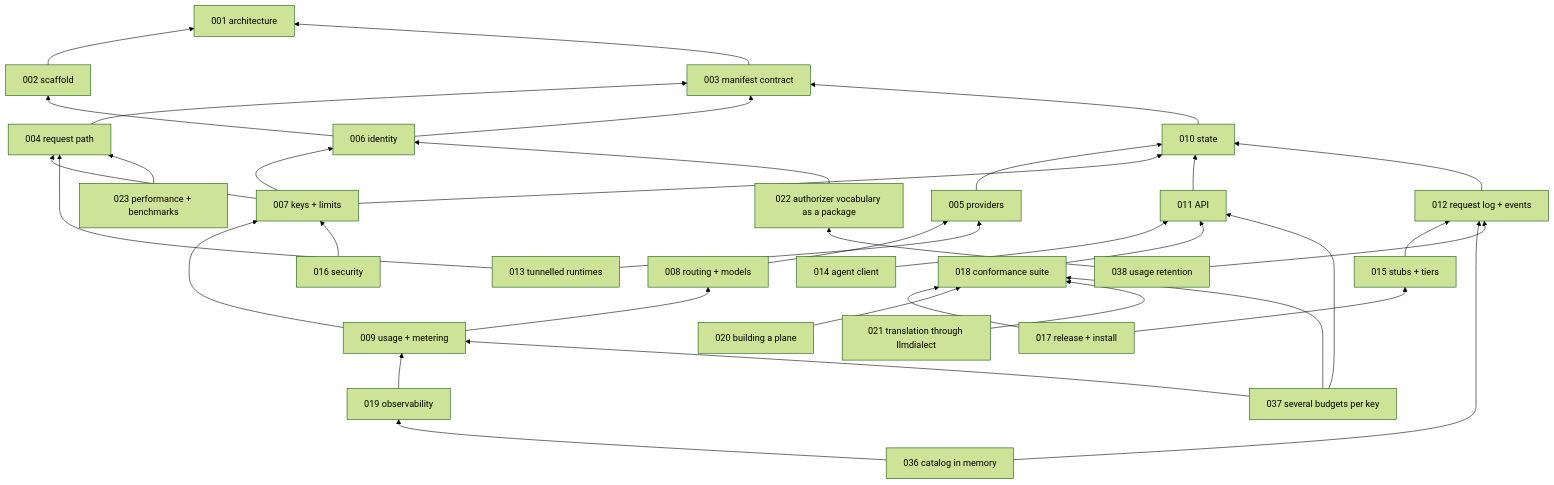
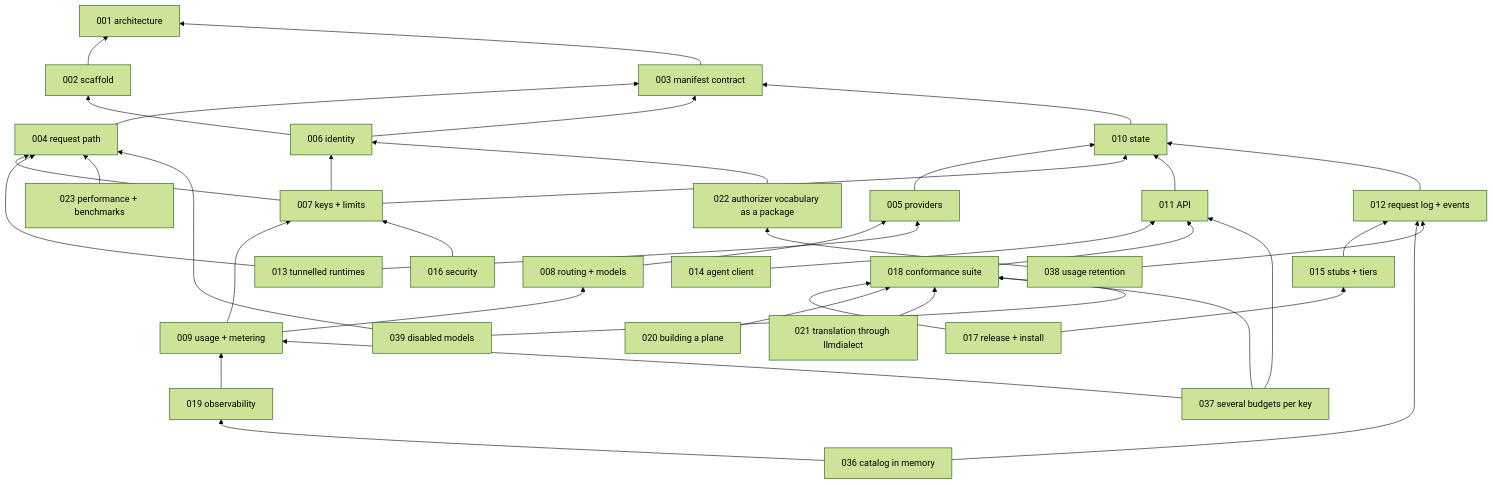
The second of 2 diagrams in specs/README.md (latere-ai/lux), drawn with Mermaid (forest theme) before and after one commit. The commit also changed other lines of this file and 1 other file, not shown here.

Commit message:
specs: 039 disabled models, refused at call time and left out of the lists

````diff
--- a/specs/README.md
+++ b/specs/README.md
@@ -102,64 +103,67 @@
 ```mermaid
 flowchart BT
   S001[001 architecture]
   S002[002 scaffold]
   S003[003 manifest contract]
   S004[004 request path]
   S005[005 providers]
   S006[006 identity]
   S007[007 keys + limits]
   S008[008 routing + models]
   S009[009 usage + metering]
   S010[010 state]
   S011[011 API]
   S012[012 request log + events]
   S013[013 tunnelled runtimes]
   S014[014 agent client]
   S015[015 stubs + tiers]
   S016[016 security]
   S017[017 release + install]
   S018[018 conformance suite]
   S019[019 observability]
   S020[020 building a plane]
   S021[021 translation through llmdialect]
   S022[022 authorizer vocabulary as a package]
   S023[023 performance + benchmarks]
   S036[036 catalog in memory]
   S037[037 several budgets per key]
   S038[038 usage retention]
+  S039[039 disabled models]
   S002 --> S001
   S003 --> S001
   S004 --> S003
   S005 --> S010
   S006 --> S002
   S006 --> S003
   S007 --> S004
   S007 --> S006
   S007 --> S010
   S008 --> S005
   S009 --> S007
   S009 --> S008
   S010 --> S003
   S011 --> S010
   S012 --> S010
   S013 --> S004
   S013 --> S005
   S014 --> S011
   S015 --> S012
   S016 --> S007
   S017 --> S015
   S017 --> S018
   S018 --> S011
   S019 --> S009
   S020 --> S018
   S021 --> S018
   S022 --> S006
   S023 --> S004
   S036 --> S012
   S036 --> S019
   S037 --> S009
   S037 --> S011
   S037 --> S018
   S038 --> S012
   S038 --> S022
+  S039 --> S004
+  S039 --> S018
 ```
````
